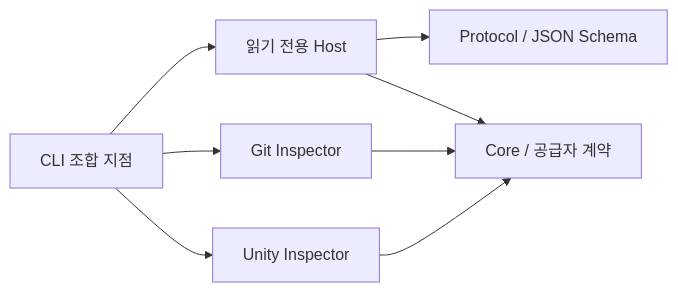
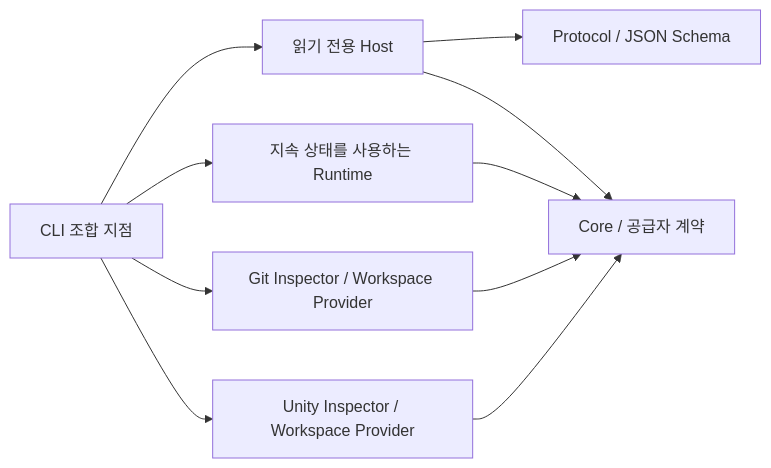
The diagram in docs/foundation.md (olivecrow/splinter), drawn with Mermaid before and after one commit. The commit also changed other lines of this file and 43 other files, not shown here.

````diff
--- a/docs/foundation.md
+++ b/docs/foundation.md
@@ -17,10 +19,12 @@
 ```mermaid
 flowchart LR
     CLI[CLI 조합 지점] --> Host[읽기 전용 Host]
-    CLI --> Git[Git Inspector]
-    CLI --> Unity[Unity Inspector]
+    CLI --> Runtime[지속 상태를 사용하는 Runtime]
+    Runtime --> Core
+    CLI --> Git[Git Inspector / Workspace Provider]
+    CLI --> Unity[Unity Inspector / Workspace Provider]
     Host --> Protocol[Protocol / JSON Schema]
     Host --> Core[Core / 공급자 계약]
     Git --> Core
     Unity --> Core
 ```
````
